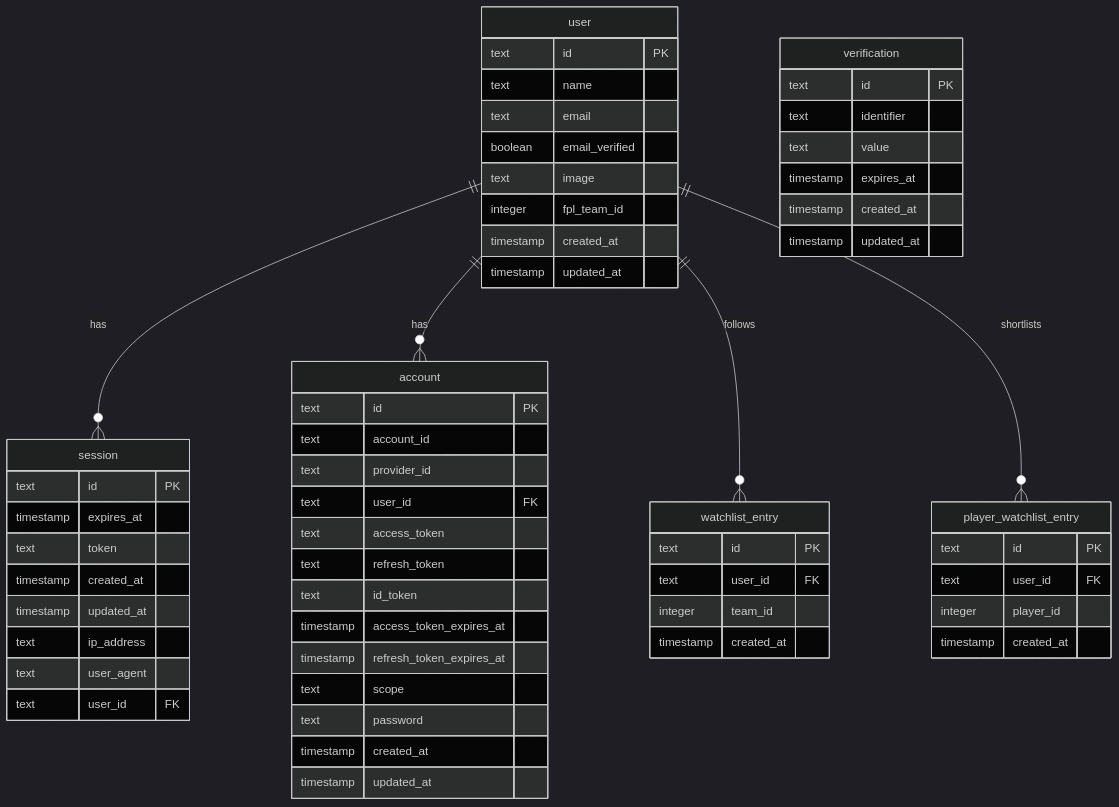
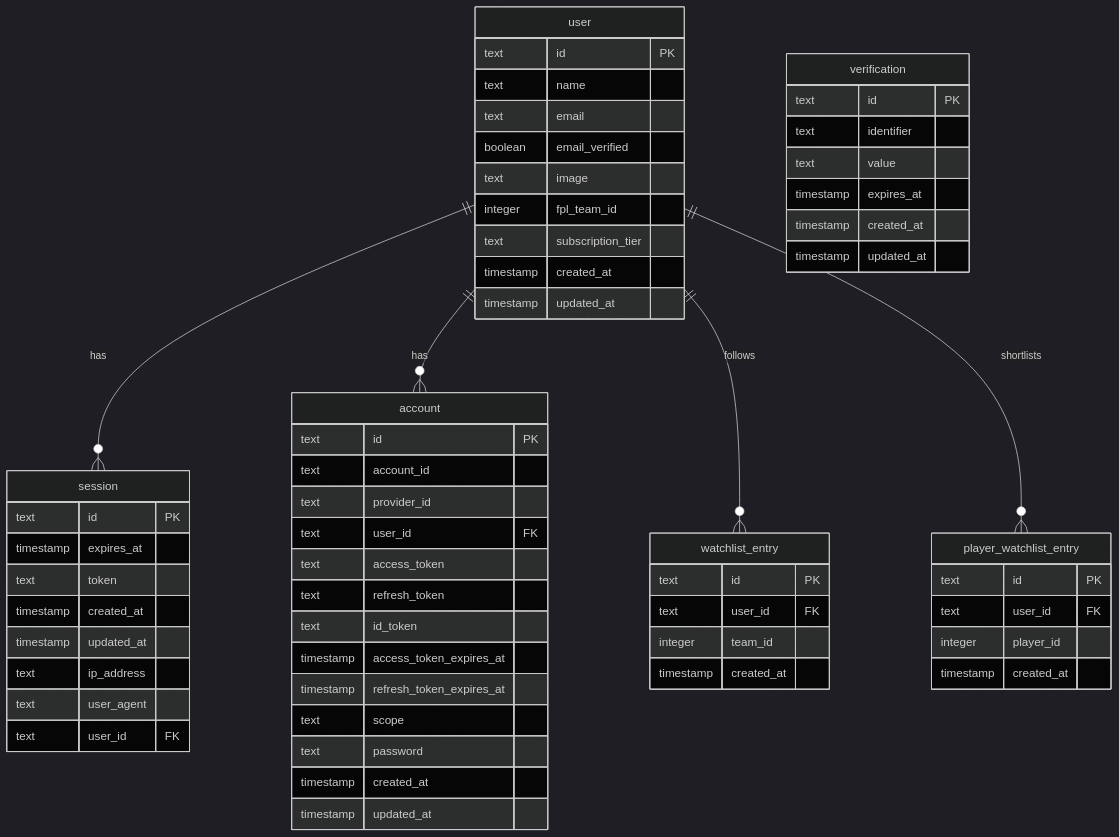
The diagram in docs/db-schema.md (iuriev/fpl), drawn with Mermaid (dark theme) before and after one commit. The commit also changed other lines of this file and 68 other files, not shown here.

````diff
--- a/docs/db-schema.md
+++ b/docs/db-schema.md
@@ -100,64 +101,65 @@
 ```mermaid
 erDiagram
     user {
         text id PK
         text name
         text email
         boolean email_verified
         text image
         integer fpl_team_id
+        text subscription_tier
         timestamp created_at
         timestamp updated_at
     }
     session {
         text id PK
         timestamp expires_at
         text token
         timestamp created_at
         timestamp updated_at
         text ip_address
         text user_agent
         text user_id FK
     }
     account {
         text id PK
         text account_id
         text provider_id
         text user_id FK
         text access_token
         text refresh_token
         text id_token
         timestamp access_token_expires_at
         timestamp refresh_token_expires_at
         text scope
         text password
         timestamp created_at
         timestamp updated_at
     }
     verification {
         text id PK
         text identifier
         text value
         timestamp expires_at
         timestamp created_at
         timestamp updated_at
     }
 
     watchlist_entry {
         text id PK
         text user_id FK
         integer team_id
         timestamp created_at
     }
     player_watchlist_entry {
         text id PK
         text user_id FK
         integer player_id
         timestamp created_at
     }
 
     user ||--o{ session : "has"
     user ||--o{ account : "has"
     user ||--o{ watchlist_entry : "follows"
     user ||--o{ player_watchlist_entry : "shortlists"
 ```
````
